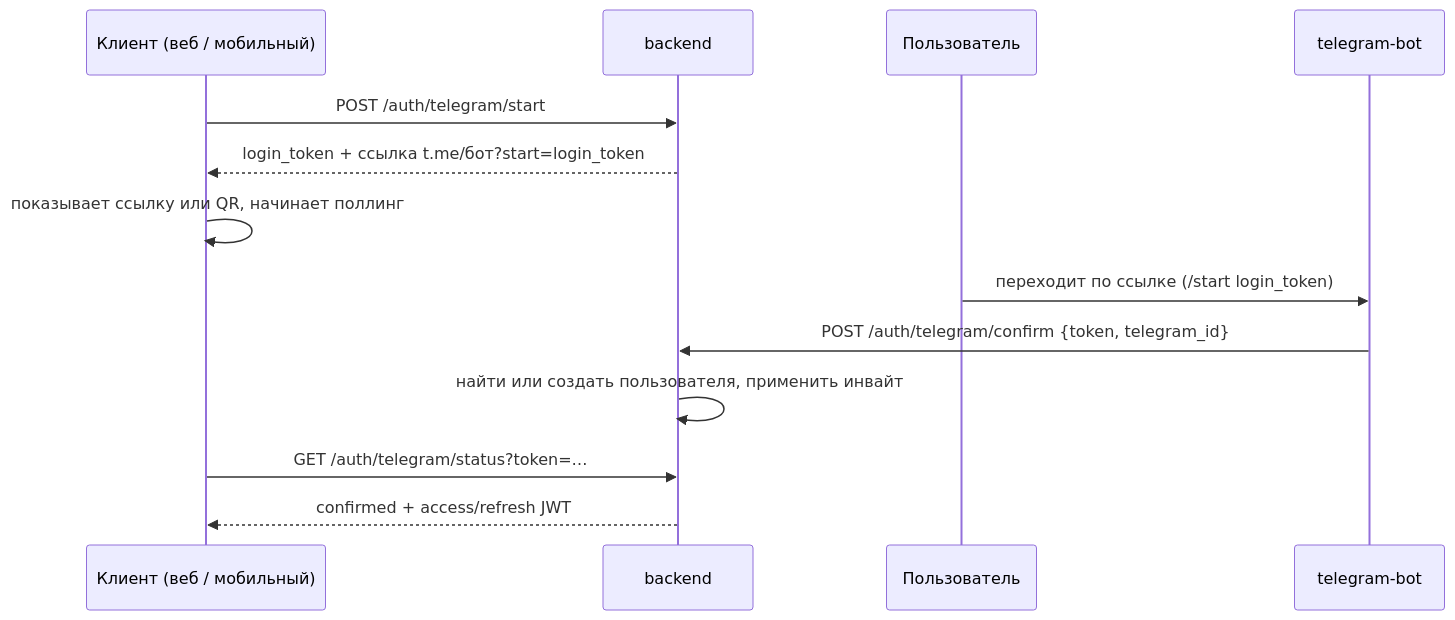
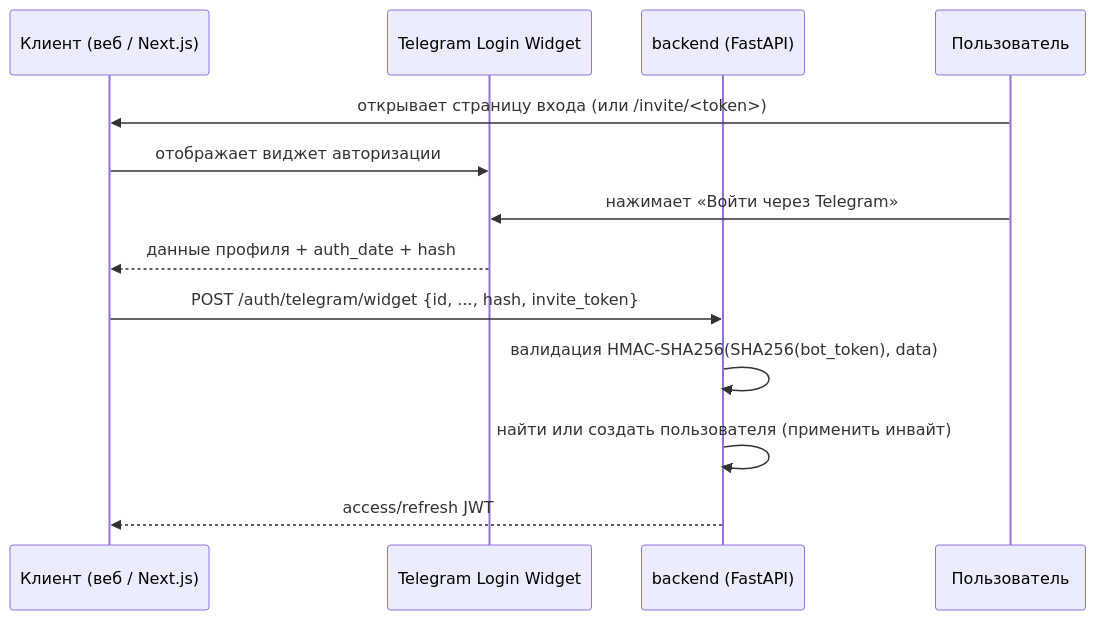
One commit to Ivansups/Zeta changed the fourth of 6 diagrams in README.md. Above: the diagram before and after it, drawn with Mermaid. The commit also changed other lines of this file and 25 other files, not shown here.

First line of the commit message:
docs: switch web auth to Telegram Login Widget and transfer auth ownership to Klimov (#74)

````diff
--- a/README.md
+++ b/README.md
@@ -91,16 +93,16 @@
 ```mermaid
 sequenceDiagram
-    participant C as Клиент (веб / мобильный)
-    participant BE as backend
+    participant C as Клиент (веб / Next.js)
+    participant TG as Telegram Login Widget
+    participant BE as backend (FastAPI)
     participant U as Пользователь
-    participant Bot as telegram-bot
 
-    C->>BE: POST /auth/telegram/start
-    BE-->>C: login_token + ссылка t.me/бот?start=login_token
-    C->>C: показывает ссылку или QR, начинает поллинг
-    U->>Bot: переходит по ссылке (/start login_token)
-    Bot->>BE: POST /auth/telegram/confirm {token, telegram_id}
-    BE->>BE: найти или создать пользователя, применить инвайт
-    C->>BE: GET /auth/telegram/status?token=…
-    BE-->>C: confirmed + access/refresh JWT
+    U->>C: открывает страницу входа (или /invite/<token>)
+    C->>TG: отображает виджет авторизации
+    U->>TG: нажимает «Войти через Telegram»
+    TG-->>C: данные профиля + auth_date + hash
+    C->>BE: POST /auth/telegram/widget {id, ..., hash, invite_token}
+    BE->>BE: валидация HMAC-SHA256(SHA256(bot_token), data)
+    BE->>BE: найти или создать пользователя (применить инвайт)
+    BE-->>C: access/refresh JWT
 ```
````
